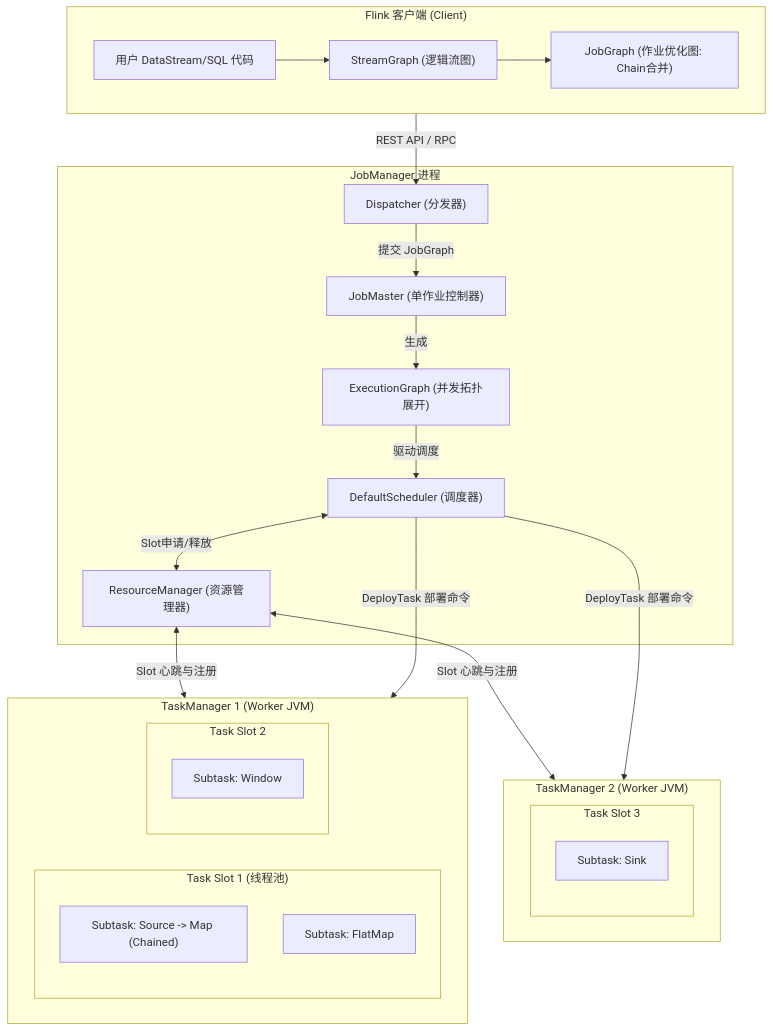
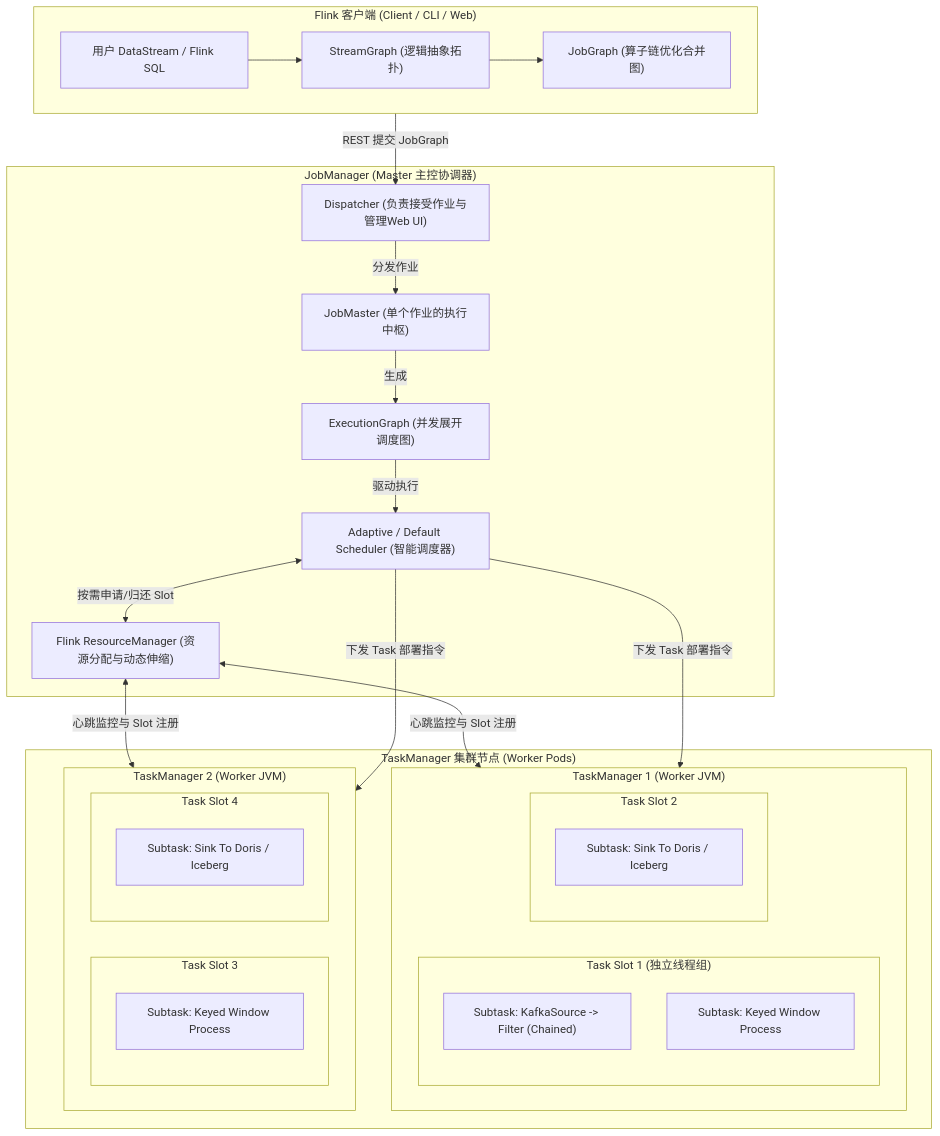
One commit to tieke1121/tech-interview-knowledge-base changed the first of 7 diagrams in 01-bigdata/01-flink/01-flink-runtime-architecture.md. Above: the diagram before and after it, drawn with Mermaid. The commit also changed other lines of this file and 3 other files, not shown here.

First line of the commit message:
refactor: upgrade template & docs for technical director/architect interview

````diff
--- a/01-bigdata/01-flink/01-flink-runtime-architecture.md
+++ b/01-bigdata/01-flink/01-flink-runtime-architecture.md
@@ -53,42 +56,48 @@
 ```mermaid
 flowchart TD
-    subgraph Client["Flink 客户端 (Client)"]
-        Code["用户 DataStream/SQL 代码"] --> SG["StreamGraph (逻辑流图)"]
-        SG --> JG["JobGraph (作业优化图: Chain合并)"]
+    subgraph Client["Flink 客户端 (Client / CLI / Web)"]
+        Code["用户 DataStream / Flink SQL"]
+        SG["StreamGraph (逻辑抽象拓扑)"]
+        JG["JobGraph (算子链优化合并图)"]
+        Code --> SG --> JG
     end
 
-    subgraph JobManager["JobManager 进程"]
-        Disp["Dispatcher (分发器)"]
-        RM["ResourceManager (资源管理器)"]
-        JM["JobMaster (单作业控制器)"]
-        EG["ExecutionGraph (并发拓扑展开)"]
-        Sched["DefaultScheduler (调度器)"]
+    subgraph JobManager["JobManager (Master 主控协调器)"]
+        Disp["Dispatcher (负责接受作业与管理Web UI)"]
+        RM["Flink ResourceManager (资源分配与动态伸缩)"]
+        JM["JobMaster (单个作业的执行中枢)"]
+        EG["ExecutionGraph (并发展开调度图)"]
+        Sched["Adaptive / Default Scheduler (智能调度器)"]
         
-        Disp -->|提交 JobGraph| JM
+        Disp -->|分发作业| JM
         JM -->|生成| EG
-        EG -->|驱动调度| Sched
-        Sched <-->|Slot申请/释放| RM
+        EG -->|驱动执行| Sched
+        Sched <-->|按需申请/归还 Slot| RM
     end
 
-    subgraph TaskManager1["TaskManager 1 (Worker JVM)"]
-        subgraph Slot1["Task Slot 1 (线程池)"]
-            T1["Subtask: Source -> Map (Chained)"]
-            T2["Subtask: FlatMap"]
+    subgraph WorkerPool["TaskManager 集群节点 (Worker Pods)"]
+        subgraph TM1["TaskManager 1 (Worker JVM)"]
+            subgraph Slot1["Task Slot 1 (独立线程组)"]
+                T1["Subtask: KafkaSource -> Filter (Chained)"]
+                T2["Subtask: Keyed Window Process"]
+            end
+            subgraph Slot2["Task Slot 2"]
+                T3["Subtask: Sink To Doris / Iceberg"]
+            end
         end
-        subgraph Slot2["Task Slot 2"]
-            T3["Subtask: Window"]
+        subgraph TM2["TaskManager 2 (Worker JVM)"]
+            subgraph Slot3["Task Slot 3"]
+                T4["Subtask: Keyed Window Process"]
+            end
+            subgraph Slot4["Task Slot 4"]
+                T5["Subtask: Sink To Doris / Iceberg"]
+            end
         end
     end
 
-    subgraph TaskManager2["TaskManager 2 (Worker JVM)"]
-        subgraph Slot3["Task Slot 3"]
-            T4["Subtask: Sink"]
-        end
-    end
-
-    Client -->|REST API / RPC| Disp
-    RM <-->|Slot 心跳与注册| TaskManager1
-    RM <-->|Slot 心跳与注册| TaskManager2
-    Sched -->|DeployTask 部署命令| TaskManager1
-    Sched -->|DeployTask 部署命令| TaskManager2
+    Client -->|REST 提交 JobGraph| Disp
+    RM <-->|心跳监控与 Slot 注册| TM1
+    RM <-->|心跳监控与 Slot 注册| TM2
+    Sched -->|下发 Task 部署指令| TM1
+    Sched -->|下发 Task 部署指令| TM2
 ```
````
